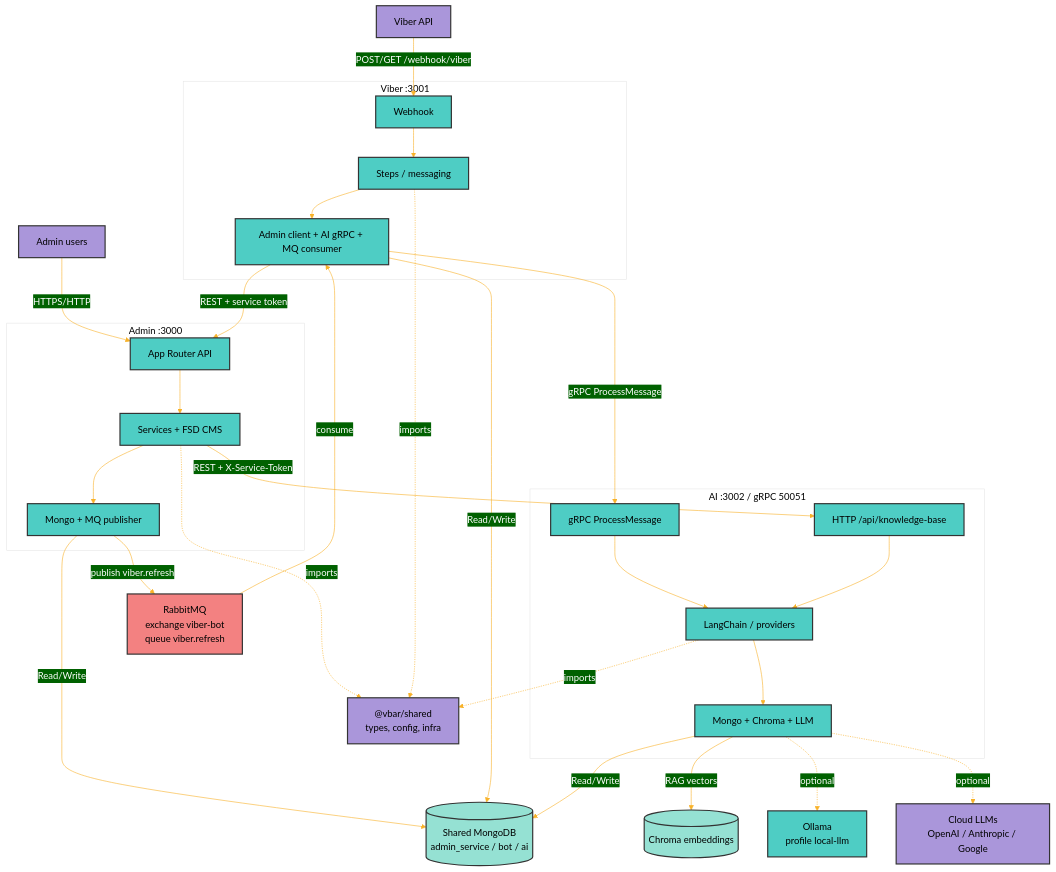
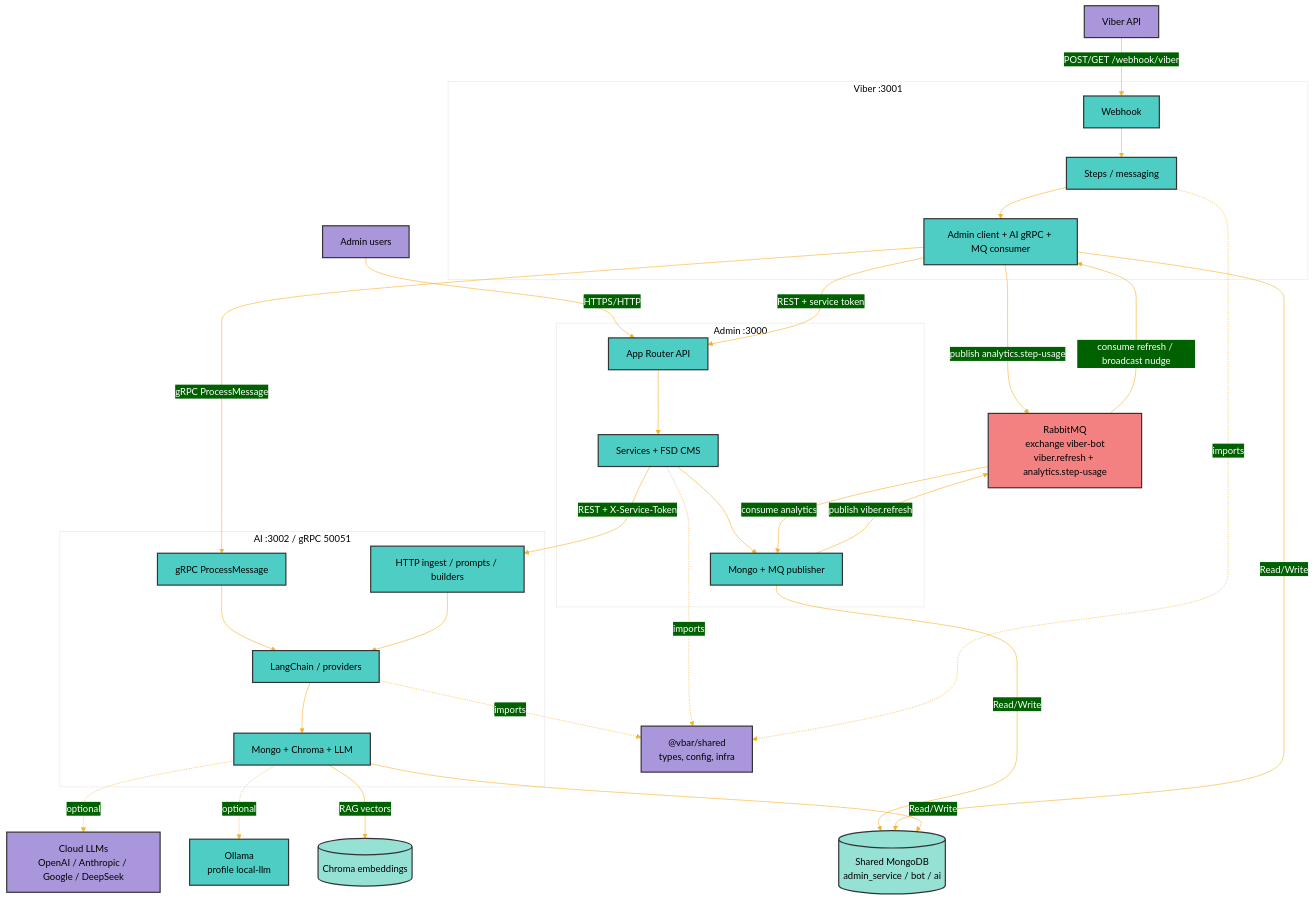
Before and after one commit to valiobar/vbar-viber-bot: the diagram in documentation/diagrams/architecture.mmd, drawn with Mermaid. The commit also changed 11 other files, not shown here.

```diff
--- a/documentation/diagrams/architecture.mmd
+++ b/documentation/diagrams/architecture.mmd
@@ -1,66 +1,68 @@
 %%{init: {'theme':'base', 'themeVariables': { 'primaryColor':'#ff6b6b','primaryTextColor':'#fff','primaryBorderColor':'#7C0000','lineColor':'#F8B229','secondaryColor':'#006100','tertiaryColor':'#fff'}}}%%
 flowchart TB
     ViberAPI[Viber API]
     Users[Admin users]
-    ExternalAI[Cloud LLMs<br/>OpenAI / Anthropic / Google]
+    ExternalAI[Cloud LLMs<br/>OpenAI / Anthropic / Google / DeepSeek]
     Ollama[Ollama<br/>profile local-llm]
     SharedPackage["@vbar/shared<br/>types, config, infra"]
 
     subgraph AdminService["Admin :3000"]
         AdminIn[App Router API]
         AdminApp[Services + FSD CMS]
         AdminOut[Mongo + MQ publisher]
         AdminIn --> AdminApp --> AdminOut
     end
 
     subgraph ViberService["Viber :3001"]
         ViberIn[Webhook]
         ViberApp[Steps / messaging]
         ViberOut[Admin client + AI gRPC + MQ consumer]
         ViberIn --> ViberApp --> ViberOut
     end
 
     subgraph AIService["AI :3002 / gRPC 50051"]
         AIIn[gRPC ProcessMessage]
-        AIHttp[HTTP /api/knowledge-base]
+        AIHttp[HTTP ingest / prompts / builders]
         AIApp[LangChain / providers]
         AIOut[Mongo + Chroma + LLM]
         AIIn --> AIApp --> AIOut
         AIHttp --> AIApp
     end
 
     Mongo[(Shared MongoDB<br/>admin_service / bot / ai)]
     Chroma[(Chroma embeddings)]
-    RabbitMQ[RabbitMQ<br/>exchange viber-bot<br/>queue viber.refresh]
+    RabbitMQ[RabbitMQ<br/>exchange viber-bot<br/>viber.refresh + analytics.step-usage]
 
     Users -->|HTTPS/HTTP| AdminIn
     ViberAPI -->|POST/GET /webhook/viber| ViberIn
 
     AdminOut -->|Read/Write| Mongo
     ViberOut -->|Read/Write| Mongo
     AIOut -->|Read/Write| Mongo
     AIOut -->|RAG vectors| Chroma
 
     AdminOut -->|publish viber.refresh| RabbitMQ
-    RabbitMQ -->|consume| ViberOut
+    RabbitMQ -->|consume refresh / broadcast nudge| ViberOut
+    ViberOut -->|publish analytics.step-usage| RabbitMQ
+    RabbitMQ -->|consume analytics| AdminOut
 
     ViberOut -->|REST + service token| AdminIn
     ViberOut -->|gRPC ProcessMessage| AIIn
     AdminApp -->|REST + X-Service-Token| AIHttp
 
     AIOut -.->|optional| Ollama
     AIOut -.->|optional| ExternalAI
 
     AdminApp -.->|imports| SharedPackage
     ViberApp -.->|imports| SharedPackage
     AIApp -.->|imports| SharedPackage
 
     classDef serviceBox fill:#4ECDC4,stroke:#333,stroke-width:2px,color:#000
     classDef dbBox fill:#95E1D3,stroke:#333,stroke-width:2px,color:#000
     classDef mqBox fill:#F38181,stroke:#333,stroke-width:2px,color:#000
     classDef externalBox fill:#AA96DA,stroke:#333,stroke-width:2px,color:#000
 
     class AdminIn,AdminApp,AdminOut,ViberIn,ViberApp,ViberOut,AIIn,AIHttp,AIApp,AIOut,Ollama serviceBox
     class Mongo,Chroma dbBox
     class RabbitMQ mqBox
     class ViberAPI,Users,ExternalAI,SharedPackage externalBox
```
